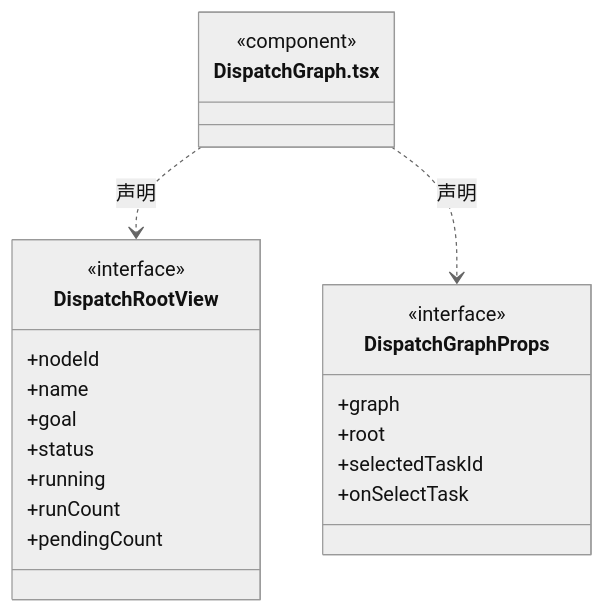
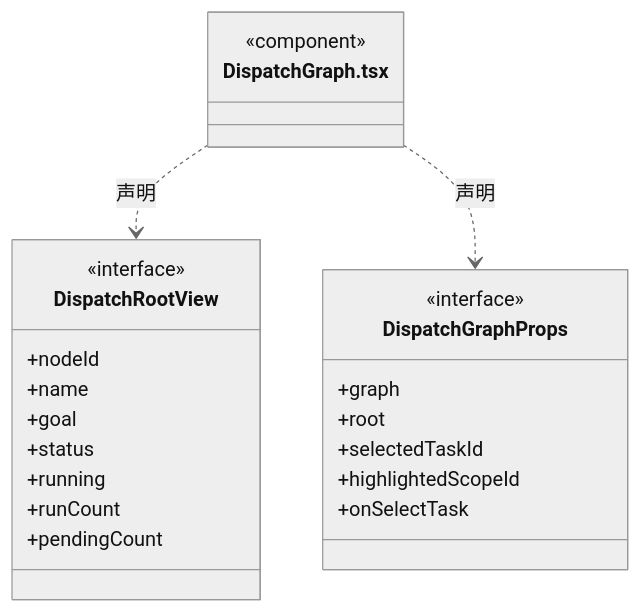
The second of 29 diagrams in src/frontend/tasks/ARCHITECTURE.md (nan023062/cbim), drawn with Mermaid (neutral theme) before and after one commit. The commit also changed other lines of this file and 47 other files, not shown here.

````diff
--- a/src/frontend/tasks/ARCHITECTURE.md
+++ b/src/frontend/tasks/ARCHITECTURE.md
@@ -39,25 +42,26 @@
 ```mermaid
 classDiagram
 class N_src_frontend_tasks_DispatchGraph_tsx["DispatchGraph.tsx"] {
   <<component>>
 }
 class N_src_frontend_tasks_DispatchGraph_tsx_DispatchRootView["DispatchRootView"] {
   <<interface>>
   +nodeId
   +name
   +goal
   +status
   +running
   +runCount
   +pendingCount
 }
 N_src_frontend_tasks_DispatchGraph_tsx ..> N_src_frontend_tasks_DispatchGraph_tsx_DispatchRootView : 声明
 class N_src_frontend_tasks_DispatchGraph_tsx_DispatchGraphProps["DispatchGraphProps"] {
   <<interface>>
   +graph
   +root
   +selectedTaskId
+  +highlightedScopeId
   +onSelectTask
 }
 N_src_frontend_tasks_DispatchGraph_tsx ..> N_src_frontend_tasks_DispatchGraph_tsx_DispatchGraphProps : 声明
 ```
````
